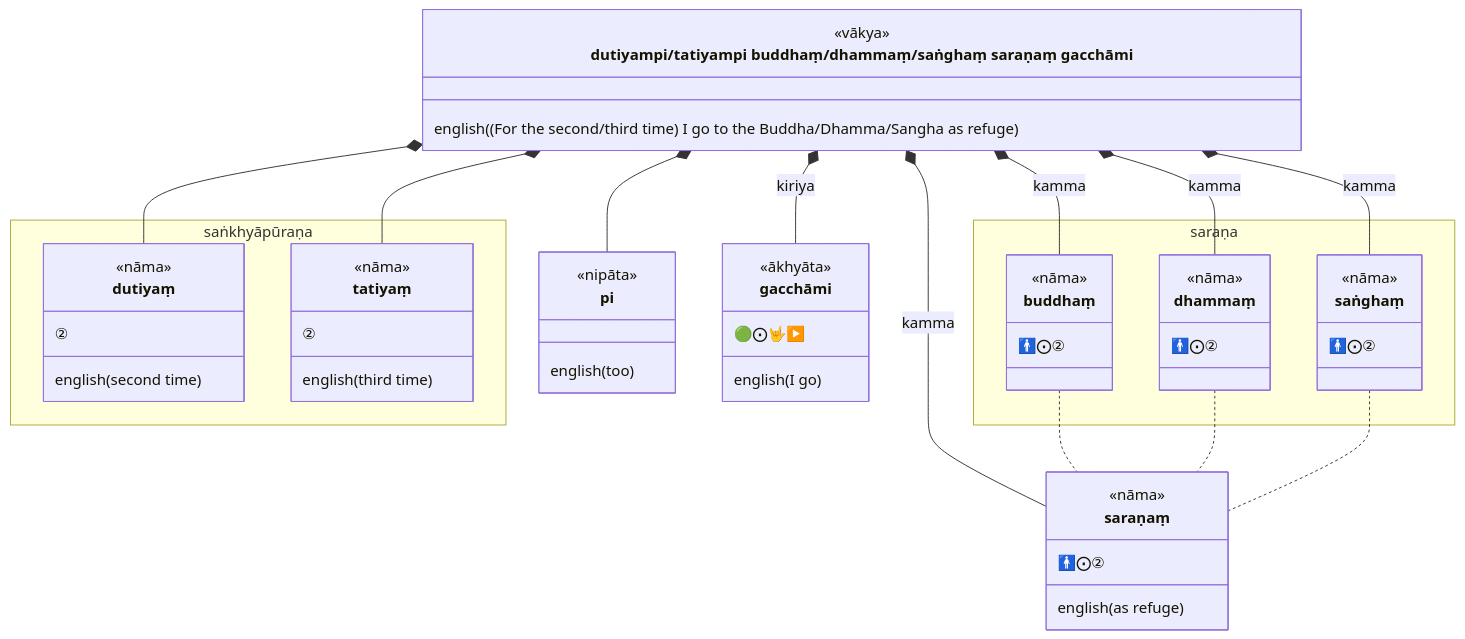
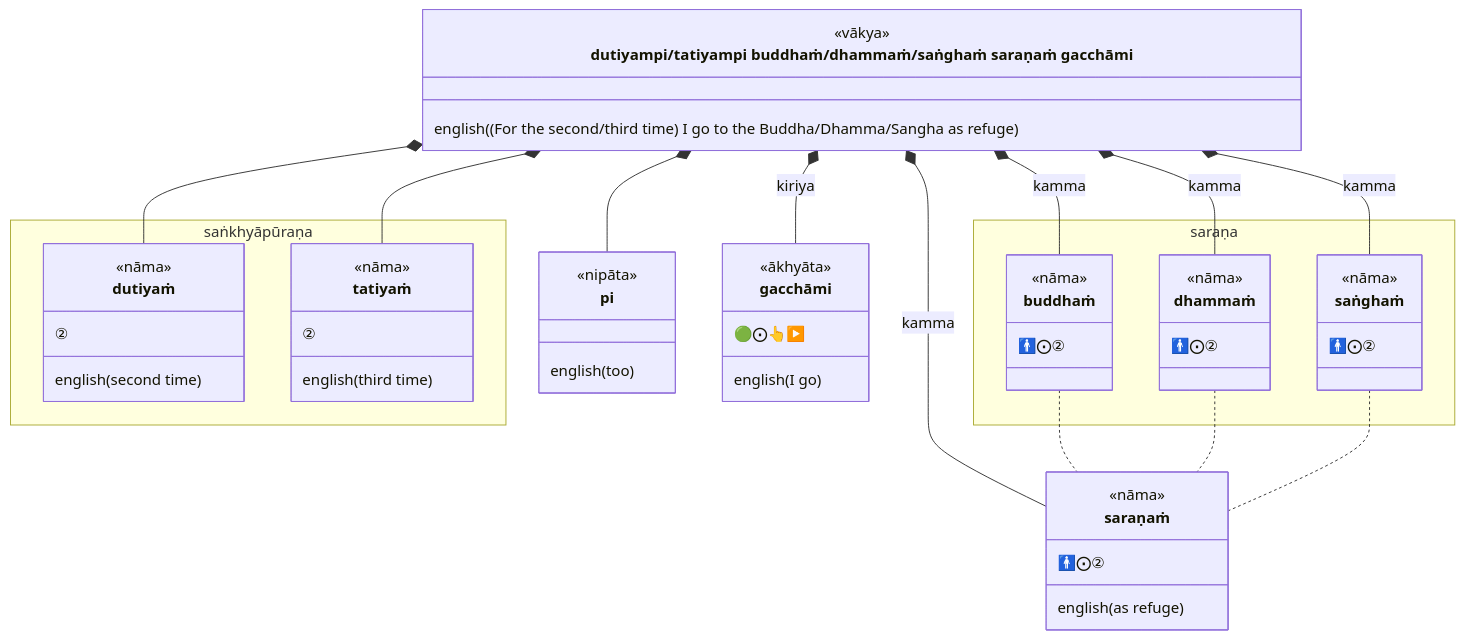
One commit to ChristineTham/buddhavacana changed the sixth of 8 diagrams in src/content/docs/Pali Textbook/1-basics.md. Above: the diagram before and after it, drawn with Mermaid. The commit also changed other lines of this file and 52 other files, not shown here.

````diff
--- a/src/content/docs/Pali Textbook/1-basics.md
+++ b/src/content/docs/Pali Textbook/1-basics.md
@@ -2535,58 +2546,58 @@
 ```mermaid
 classDiagram
-  class sentence["dutiyampi/tatiyampi buddhaṃ/dhammaṃ/saṅghaṃ saraṇaṃ gacchāmi"] {
+  class sentence["dutiyampi/tatiyampi buddhaṁ/dhammaṁ/saṅghaṁ saraṇaṁ gacchāmi"] {
     <<vākya>>
     english((For the second/third time) I go to the Buddha/Dhamma/Sangha as refuge)
   }
   namespace saṅkhyāpūraṇa {
-    class dutiyaṃ {
+    class dutiyaṁ {
       <<nāma>>
       ②
       english(second time)
     }
-    class tatiyaṃ {
+    class tatiyaṁ {
       <<nāma>>
       ②
       english(third time)
     }
   }
   class pi {
     <<nipāta>>
     english(too)
   }
   namespace saraṇa {
-    class buddhaṃ {
+    class buddhaṁ {
       <<nāma>>
       🚹⨀②
     }
-    class dhammaṃ {
+    class dhammaṁ {
       <<nāma>>
       🚹⨀②
     }
-    class saṅghaṃ {
+    class saṅghaṁ {
       <<nāma>>
       🚹⨀②
     }
   }
-  class saraṇaṃ {
+  class saraṇaṁ {
     <<nāma>>
      🚹⨀②
     english(as refuge)
   }
   class gacchāmi {
     <<ākhyāta>>
-     🟢⨀🤟▶️
+     🟢⨀👆▶️
     english(I go)
   }
-  sentence *-- dutiyaṃ
-  sentence *-- tatiyaṃ
+  sentence *-- dutiyaṁ
+  sentence *-- tatiyaṁ
   sentence *-- pi
-  sentence *-- buddhaṃ : kamma
-  sentence *-- dhammaṃ : kamma
-  sentence *-- saṅghaṃ : kamma
-  sentence *-- saraṇaṃ : kamma
+  sentence *-- buddhaṁ : kamma
+  sentence *-- dhammaṁ : kamma
+  sentence *-- saṅghaṁ : kamma
+  sentence *-- saraṇaṁ : kamma
   sentence *-- gacchāmi: kiriya
-  buddhaṃ .. saraṇaṃ
-  dhammaṃ .. saraṇaṃ
-  saṅghaṃ .. saraṇaṃ
+  buddhaṁ .. saraṇaṁ
+  dhammaṁ .. saraṇaṁ
+  saṅghaṁ .. saraṇaṁ
 ```
````
